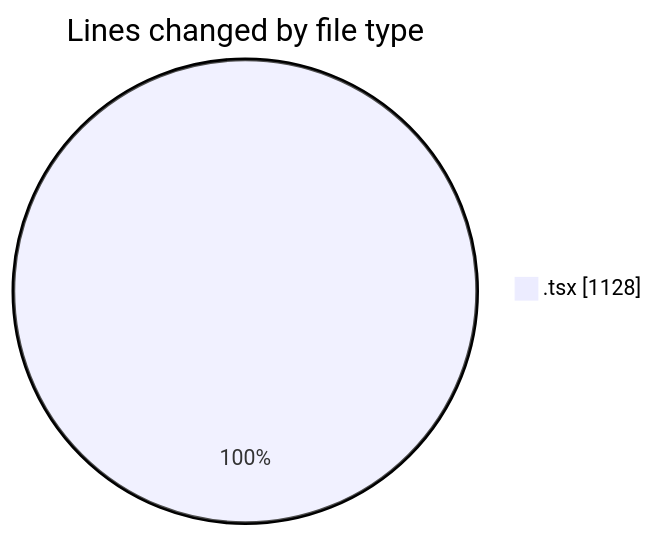
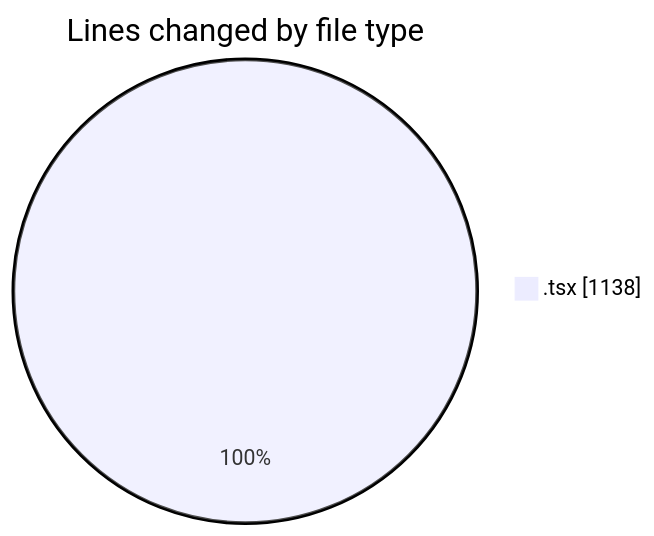
The first of 2 diagrams in 2026-06-12/nxtqube_webapp/README.md (nxtqubesakshisongat/code-tracking), drawn with Mermaid before and after one commit. The commit also changed other lines of this file and 1 other file, not shown here.

````diff
--- a/2026-06-12/nxtqube_webapp/README.md
+++ b/2026-06-12/nxtqube_webapp/README.md
@@ -22,5 +22,5 @@
 ```mermaid
 pie showData
 title Lines changed by file type
-".tsx" : 1128
+".tsx" : 1138
 ```
````
